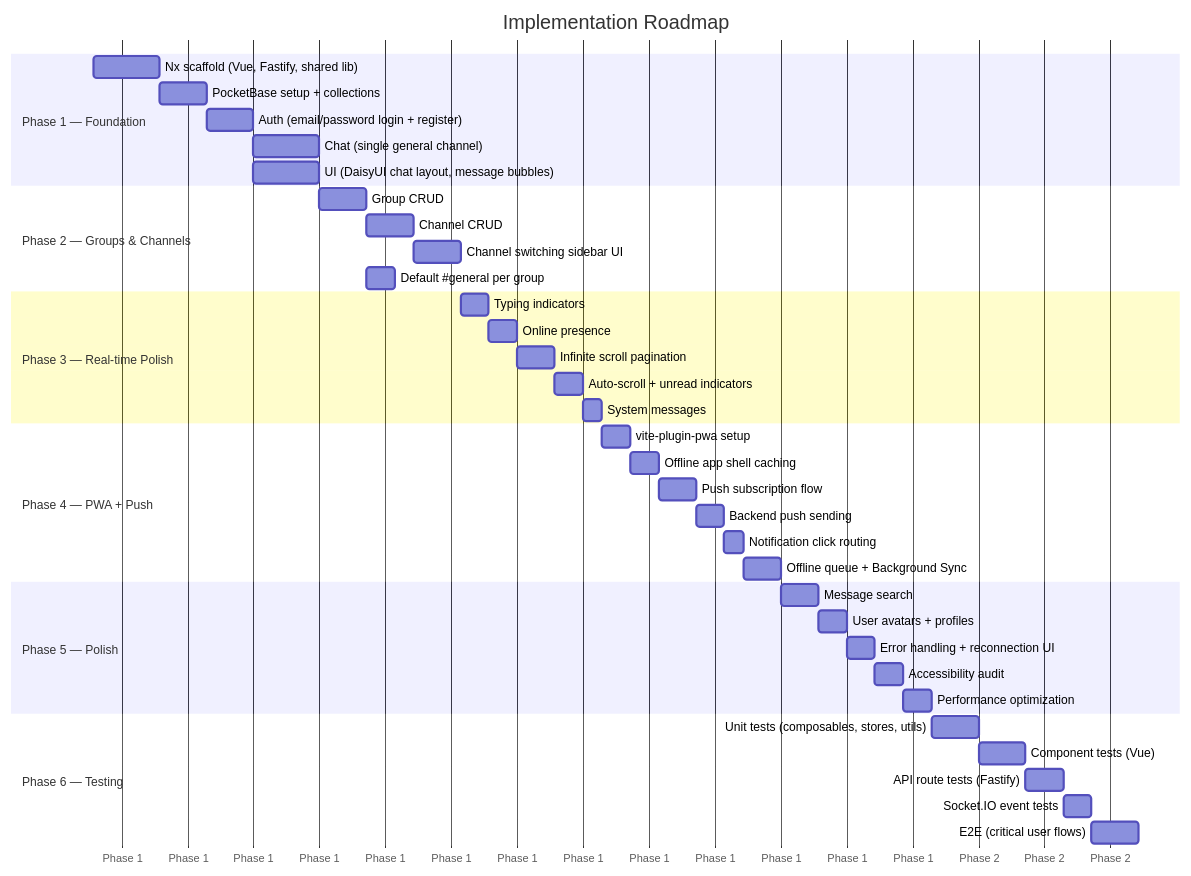
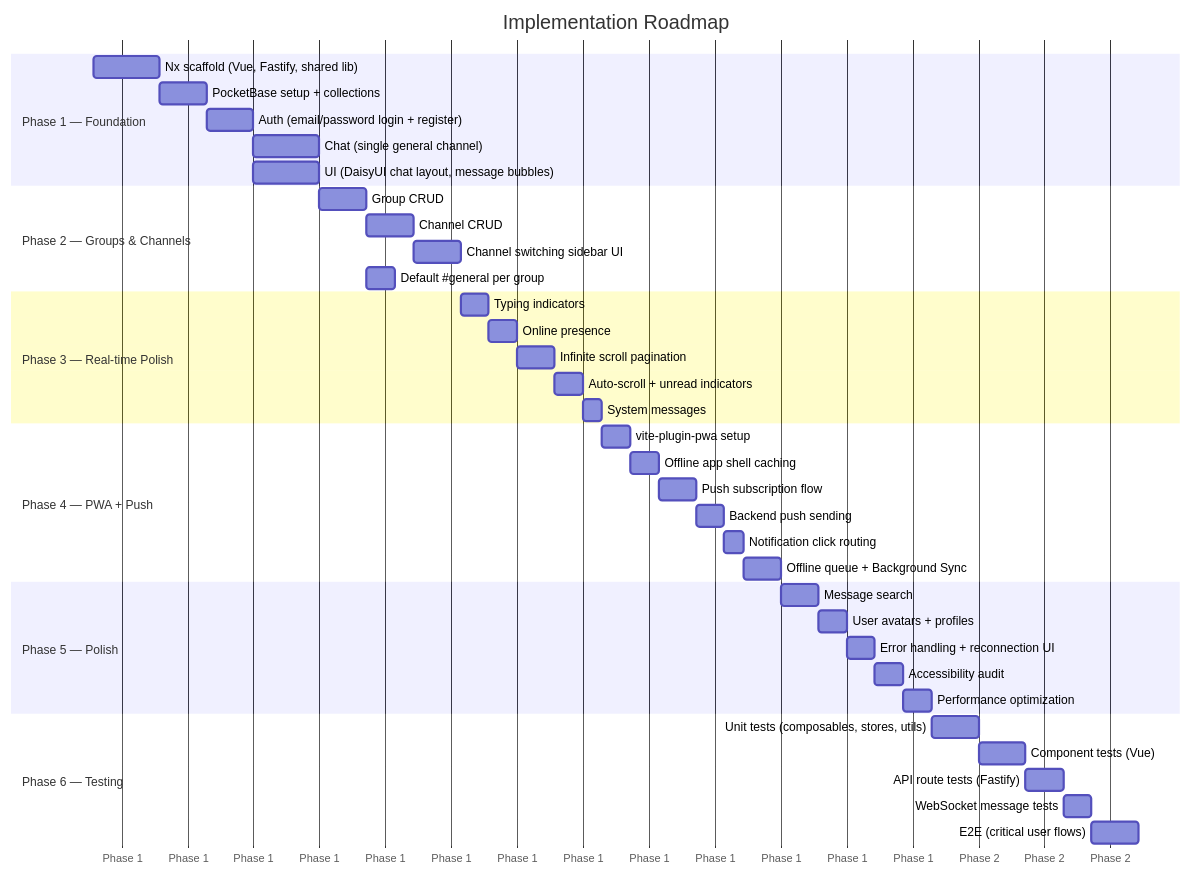
Before and after one commit to davidjonesibm/chat: the sixth of 7 diagrams in docs/ARCHITECTURE.md, drawn with Mermaid. The commit also changed other lines of this file and 64 other files, not shown here.

````diff
--- a/docs/ARCHITECTURE.md
+++ b/docs/ARCHITECTURE.md
@@ -489,48 +507,48 @@
 ```mermaid
 gantt
     title Implementation Roadmap
     dateFormat  YYYY-MM-DD
     axisFormat  Phase %q
 
     section Phase 1 — Foundation
     Nx scaffold (Vue, Fastify, shared lib)     :p1a, 2026-01-01, 7d
     PocketBase setup + collections             :p1b, after p1a, 5d
     Auth (email/password login + register)     :p1c, after p1b, 5d
     Chat (single general channel)              :p1d, after p1c, 7d
     UI (DaisyUI chat layout, message bubbles)  :p1e, after p1c, 7d
 
     section Phase 2 — Groups & Channels
     Group CRUD                                 :p2a, after p1e, 5d
     Channel CRUD                               :p2b, after p2a, 5d
     Channel switching sidebar UI               :p2c, after p2b, 5d
     Default #general per group                 :p2d, after p2a, 3d
 
     section Phase 3 — Real-time Polish
     Typing indicators                          :p3a, after p2c, 3d
     Online presence                            :p3b, after p3a, 3d
     Infinite scroll pagination                 :p3c, after p3b, 4d
     Auto-scroll + unread indicators            :p3d, after p3c, 3d
     System messages                            :p3e, after p3d, 2d
 
     section Phase 4 — PWA + Push
     vite-plugin-pwa setup                      :p4a, after p3e, 3d
     Offline app shell caching                  :p4b, after p4a, 3d
     Push subscription flow                     :p4c, after p4b, 4d
     Backend push sending                       :p4d, after p4c, 3d
     Notification click routing                 :p4e, after p4d, 2d
     Offline queue + Background Sync            :p4f, after p4e, 4d
 
     section Phase 5 — Polish
     Message search                             :p5a, after p4f, 4d
     User avatars + profiles                    :p5b, after p5a, 3d
     Error handling + reconnection UI           :p5c, after p5b, 3d
     Accessibility audit                        :p5d, after p5c, 3d
     Performance optimization                   :p5e, after p5d, 3d
 
     section Phase 6 — Testing
     Unit tests (composables, stores, utils)    :p6a, after p5e, 5d
     Component tests (Vue)                      :p6b, after p6a, 5d
     API route tests (Fastify)                  :p6c, after p6b, 4d
-    Socket.IO event tests                      :p6d, after p6c, 3d
+    WebSocket message tests                     :p6d, after p6c, 3d
     E2E (critical user flows)                  :p6e, after p6d, 5d
 ```
````
